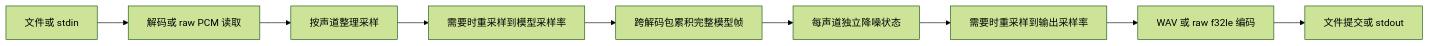
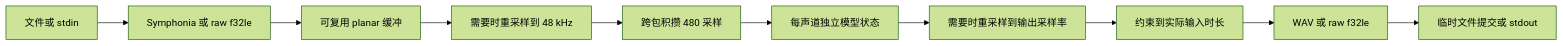
The diagram in crates/anr-cli/DESIGN.md (lona-cn/anr), drawn with Mermaid (forest theme) before and after one commit. The commit also changed other lines of this file and 19 other files, not shown here.

````diff
--- a/crates/anr-cli/DESIGN.md
+++ b/crates/anr-cli/DESIGN.md
@@ -111,11 +63,12 @@
 ```mermaid
 flowchart LR
-    Source[文件或 stdin] --> Decode[解码或 raw PCM 读取]
-    Decode --> Layout[按声道整理采样]
-    Layout --> ToModel[需要时重采样到模型采样率]
-    ToModel --> Frames[跨解码包累积完整模型帧]
-    Frames --> Reduce[每声道独立降噪状态]
+    Source[文件或 stdin] --> Decode[Symphonia 或 raw f32le]
+    Decode --> Planar[可复用 planar 缓冲]
+    Planar --> ToModel[需要时重采样到 48 kHz]
+    ToModel --> Frames[跨包积攒 480 采样]
+    Frames --> Reduce[每声道独立模型状态]
     Reduce --> ToOutput[需要时重采样到输出采样率]
-    ToOutput --> Encode[WAV 或 raw f32le 编码]
-    Encode --> Sink[文件提交或 stdout]
+    ToOutput --> Limit[约束到实际输入时长]
+    Limit --> Encode[WAV 或 raw f32le]
+    Encode --> Sink[临时文件提交或 stdout]
 ```
````
